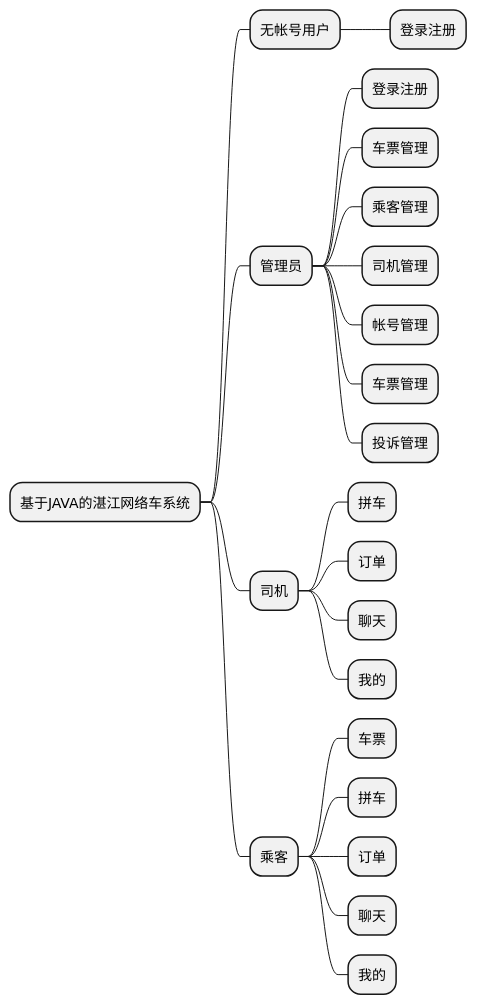
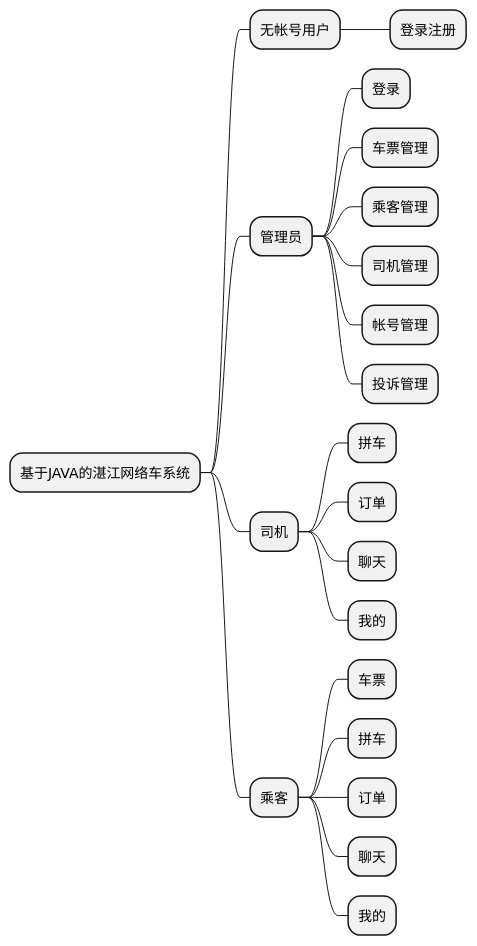
The diagram in src/main/resources/uml/功能模块图/功能模块用，用思维导图做的.puml (RZGGM/CarpoolingProjectBasedOnSringbootAndVue-Backend), drawn with PlantUML before and after one commit. The commit also changed 6 other files, not shown here.

Commit message:
完成了一些图

```diff
--- a/src/main/resources/uml/功能模块图/功能模块用，用思维导图做的.puml
+++ b/src/main/resources/uml/功能模块图/功能模块用，用思维导图做的.puml
@@ -1,28 +1,27 @@
 @startmindmap
 'https://plantuml.com/mindmap-diagram
 'top to bottom direction
  * 基于JAVA的湛江网络车系统
  ** 无帐号用户
  *** 登录注册
 
  ** 管理员
- *** 登录注册
+ *** 登录
  *** 车票管理
  *** 乘客管理
  *** 司机管理
  *** 帐号管理
- *** 车票管理
  *** 投诉管理
  ** 司机
  *** 拼车
  *** 订单
  *** 聊天
  *** 我的
  ** 乘客
  *** 车票
  *** 拼车
   *** 订单
   *** 聊天
   *** 我的
 
 @endmindmap
```
